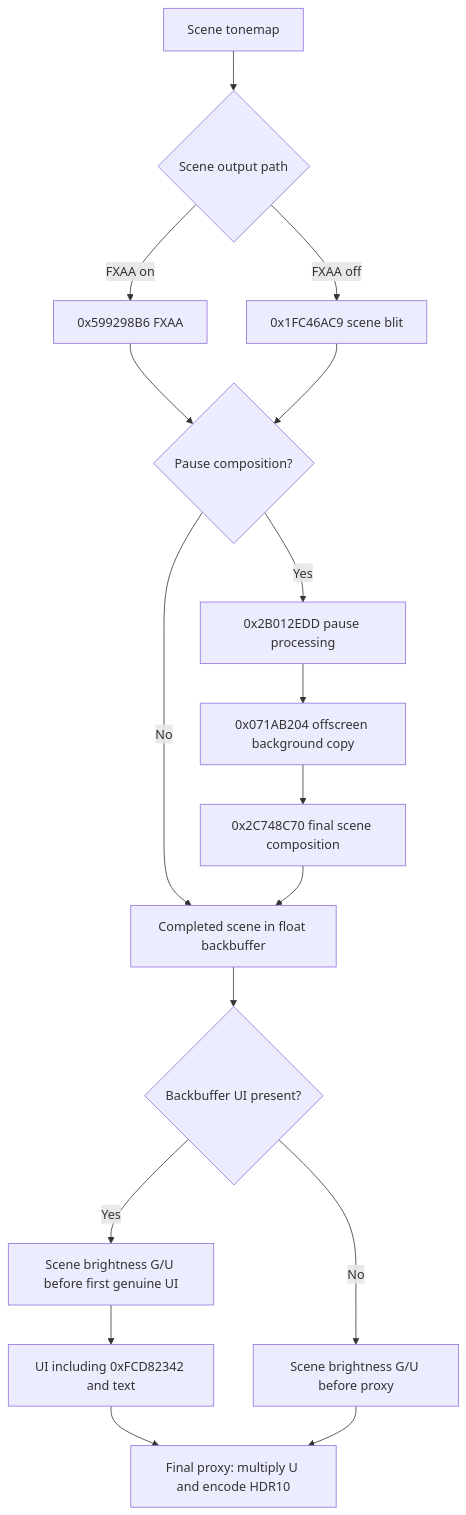
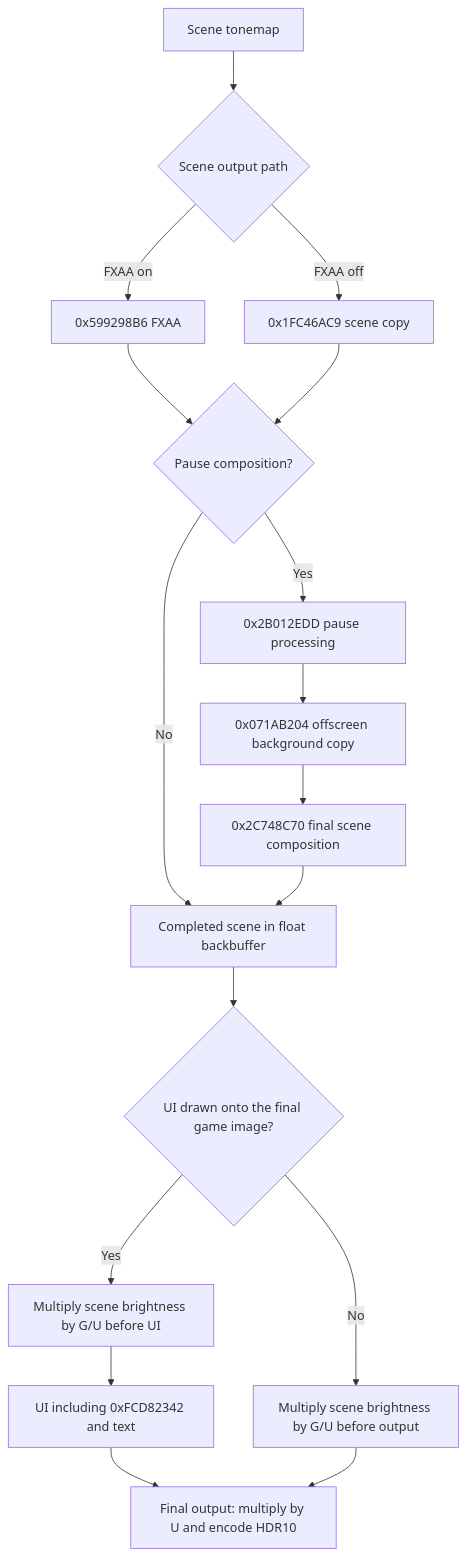
One commit to clshortfuse/renodx changed the diagram in src/games/rdr2vk/README.md. Above: the diagram before and after it, drawn with Mermaid. The commit also changed other lines of this file and 7 other files, not shown here.

````diff
--- a/src/games/rdr2vk/README.md
+++ b/src/games/rdr2vk/README.md
@@ -35,19 +39,19 @@
 ```mermaid
 flowchart TD
 	T[Scene tonemap] --> A{Scene output path}
 	A -->|FXAA on| F[0x599298B6 FXAA]
-	A -->|FXAA off| B[0x1FC46AC9 scene blit]
+	A -->|FXAA off| B[0x1FC46AC9 scene copy]
 	F --> P{Pause composition?}
 	B --> P
 	P -->|Yes| W[0x2B012EDD pause processing]
 	W --> C[0x071AB204 offscreen background copy]
 	C --> M[0x2C748C70 final scene composition]
 	P -->|No| S[Completed scene in float backbuffer]
 	M --> S
-	S --> U{Backbuffer UI present?}
-	U -->|Yes| N[Scene brightness G/U before first genuine UI]
+	S --> U{UI drawn onto the final game image?}
+	U -->|Yes| N[Multiply scene brightness by G/U before UI]
 	N --> H[UI including 0xFCD82342 and text]
-	H --> O[Final proxy: multiply U and encode HDR10]
-	U -->|No| V[Scene brightness G/U before proxy]
+	H --> O[Final output: multiply by U and encode HDR10]
+	U -->|No| V[Multiply scene brightness by G/U before output]
 	V --> O
 ```
````
